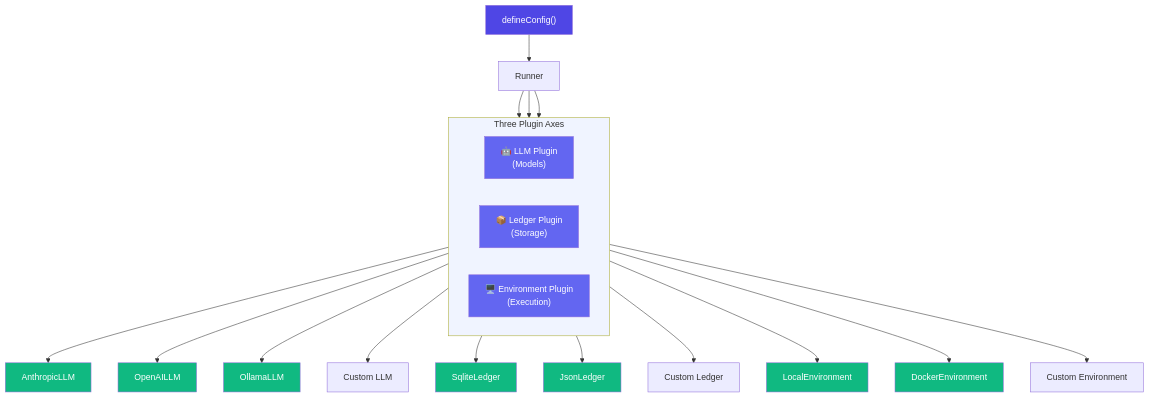
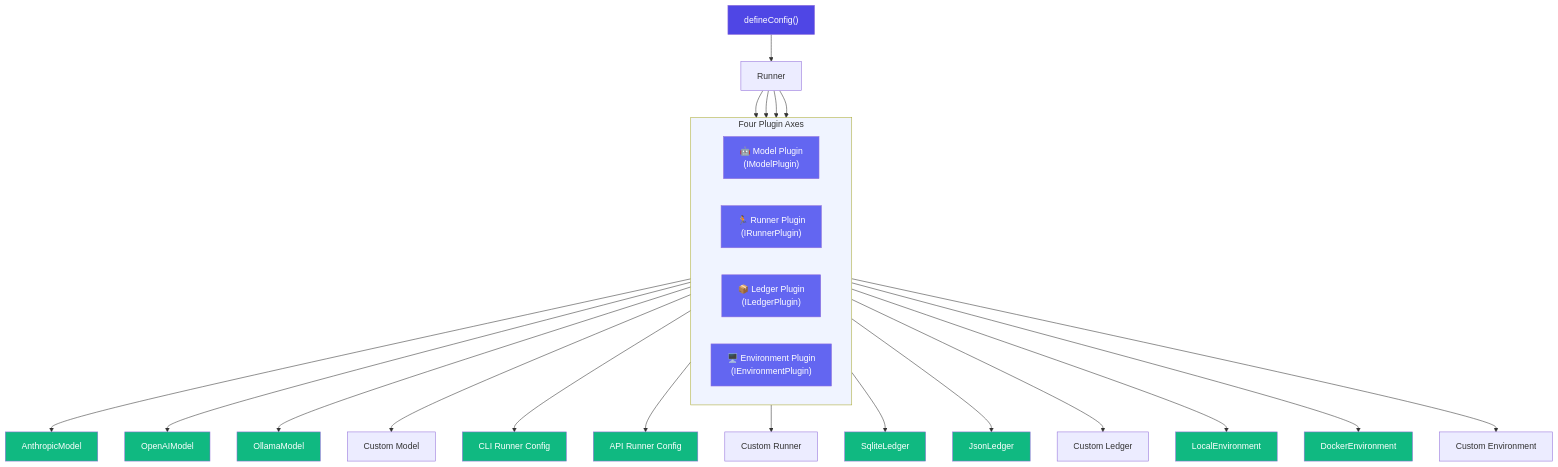
One commit to Tlahey/agent-eval changed the first of 2 diagrams in apps/docs/guide/plugins.md. Above: the diagram before and after it, drawn with Mermaid. The commit also changed other lines of this file and 68 other files, not shown here.

First line of the commit message:
refactor(core): decouple plugin architecture with IModelPlugin and IRunnerPlugin (#7)

````diff
--- a/apps/docs/guide/plugins.md
+++ b/apps/docs/guide/plugins.md
@@ -7,41 +7,50 @@
 ```mermaid
 flowchart TB
     CONFIG["defineConfig()"] --> RUNNER["Runner"]
 
-    subgraph Plugins["Three Plugin Axes"]
+    subgraph Plugins["Four Plugin Axes"]
         direction LR
-        LLM["🤖 LLM Plugin<br/>(Models)"]
-        LEDGER["📦 Ledger Plugin<br/>(Storage)"]
-        ENV["🖥️ Environment Plugin<br/>(Execution)"]
+        MODEL["🤖 Model Plugin<br/>(IModelPlugin)"]
+        RUN["🏃 Runner Plugin<br/>(IRunnerPlugin)"]
+        LEDGER["📦 Ledger Plugin<br/>(ILedgerPlugin)"]
+        ENV["🖥️ Environment Plugin<br/>(IEnvironmentPlugin)"]
     end
 
-    RUNNER --> LLM
+    RUNNER --> MODEL
+    RUNNER --> RUN
     RUNNER --> LEDGER
     RUNNER --> ENV
 
-    LLM --> AN["AnthropicLLM"]
-    LLM --> OA["OpenAILLM"]
-    LLM --> OL["OllamaLLM"]
-    LLM --> CL["Custom LLM"]
+    MODEL --> AN["AnthropicModel"]
+    MODEL --> OA["OpenAIModel"]
+    MODEL --> OL["OllamaModel"]
+    MODEL --> CM["Custom Model"]
+
+    RUN --> CR["CLI Runner Config"]
+    RUN --> AR["API Runner Config"]
+    RUN --> CRU["Custom Runner"]
 
     LEDGER --> SQ["SqliteLedger"]
     LEDGER --> JS["JsonLedger"]
     LEDGER --> CU["Custom Ledger"]
 
     ENV --> LE["LocalEnvironment"]
     ENV --> DE["DockerEnvironment"]
     ENV --> CE["Custom Environment"]
 
     style CONFIG fill:#4f46e5,color:#fff
     style Plugins fill:#f0f4ff
-    style LLM fill:#6366f1,color:#fff
+    style MODEL fill:#6366f1,color:#fff
+    style RUN fill:#6366f1,color:#fff
     style LEDGER fill:#6366f1,color:#fff
     style ENV fill:#6366f1,color:#fff
     style AN fill:#10b981,color:#fff
     style OA fill:#10b981,color:#fff
     style OL fill:#10b981,color:#fff
+    style CR fill:#10b981,color:#fff
+    style AR fill:#10b981,color:#fff
     style SQ fill:#10b981,color:#fff
     style JS fill:#10b981,color:#fff
     style LE fill:#10b981,color:#fff
     style DE fill:#10b981,color:#fff
 ```
````
